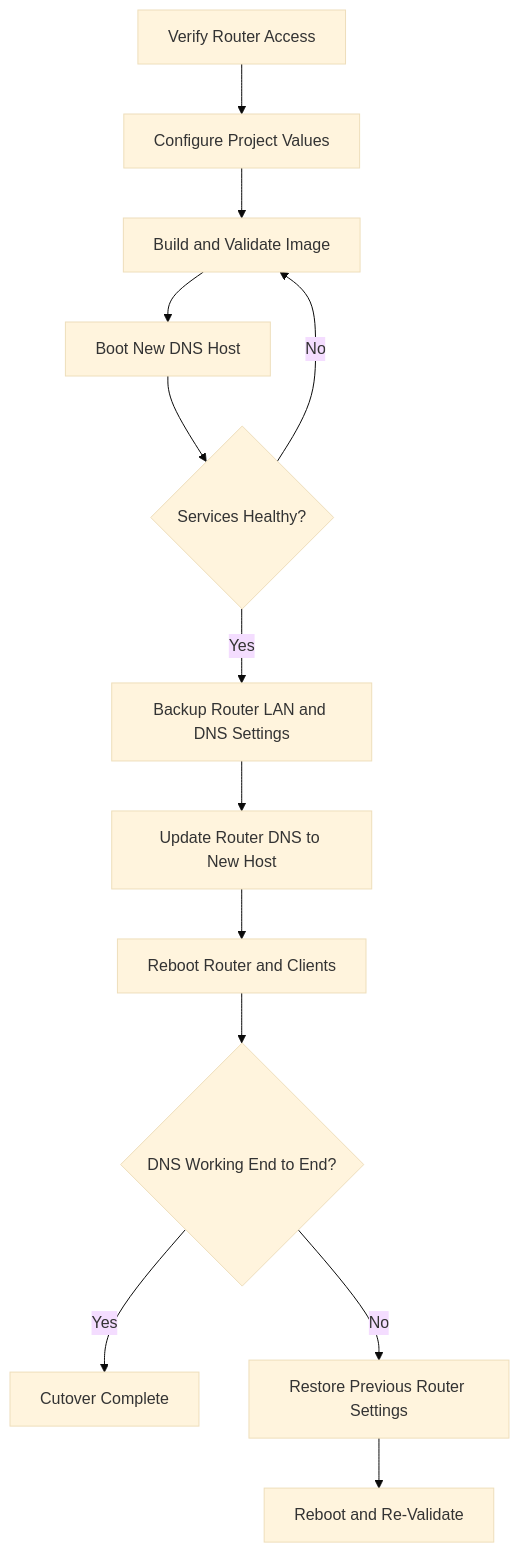
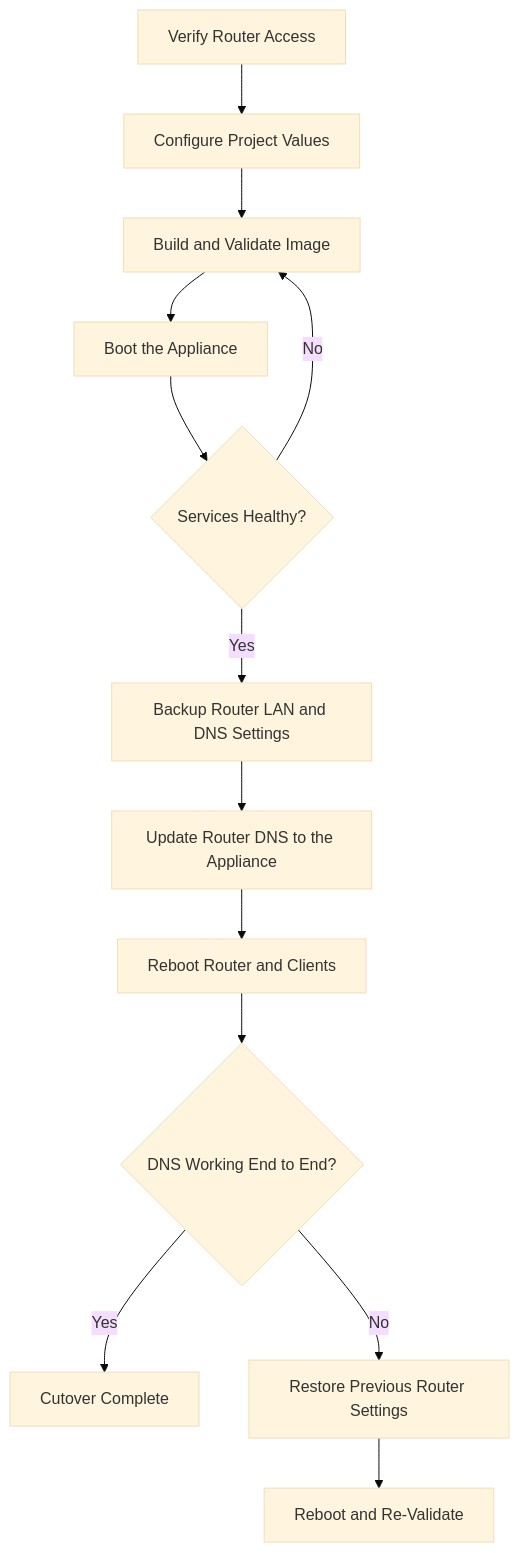
One commit to Kranson-Enterprises/ke-net-screen changed the third of 3 diagrams in README.md. Above: the diagram before and after it, drawn with Mermaid (base theme). The commit also changed other lines of this file and 10 other files, not shown here.

````diff
--- a/README.md
+++ b/README.md
@@ -40,15 +694,15 @@
 ```mermaid
 flowchart TD
     A[Verify Router Access] --> B[Configure Project Values]
     B --> C[Build and Validate Image]
-    C --> D[Boot New DNS Host]
+    C --> D[Boot the Appliance]
     D --> E{Services Healthy?}
     E -- No --> C
     E -- Yes --> F[Backup Router LAN and DNS Settings]
-    F --> G[Update Router DNS to New Host]
+    F --> G[Update Router DNS to the Appliance]
     G --> H[Reboot Router and Clients]
     H --> I{DNS Working End to End?}
     I -- Yes --> J[Cutover Complete]
     I -- No --> K[Restore Previous Router Settings]
     K --> L[Reboot and Re-Validate]
 ```
````
